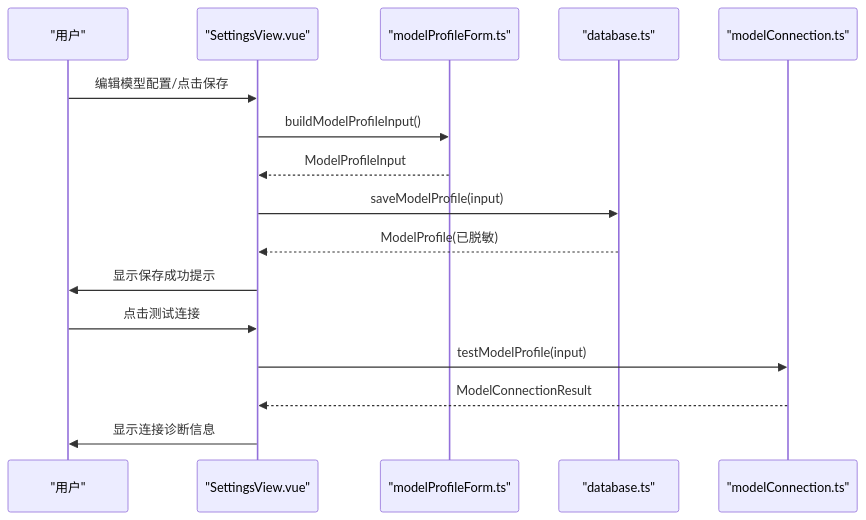
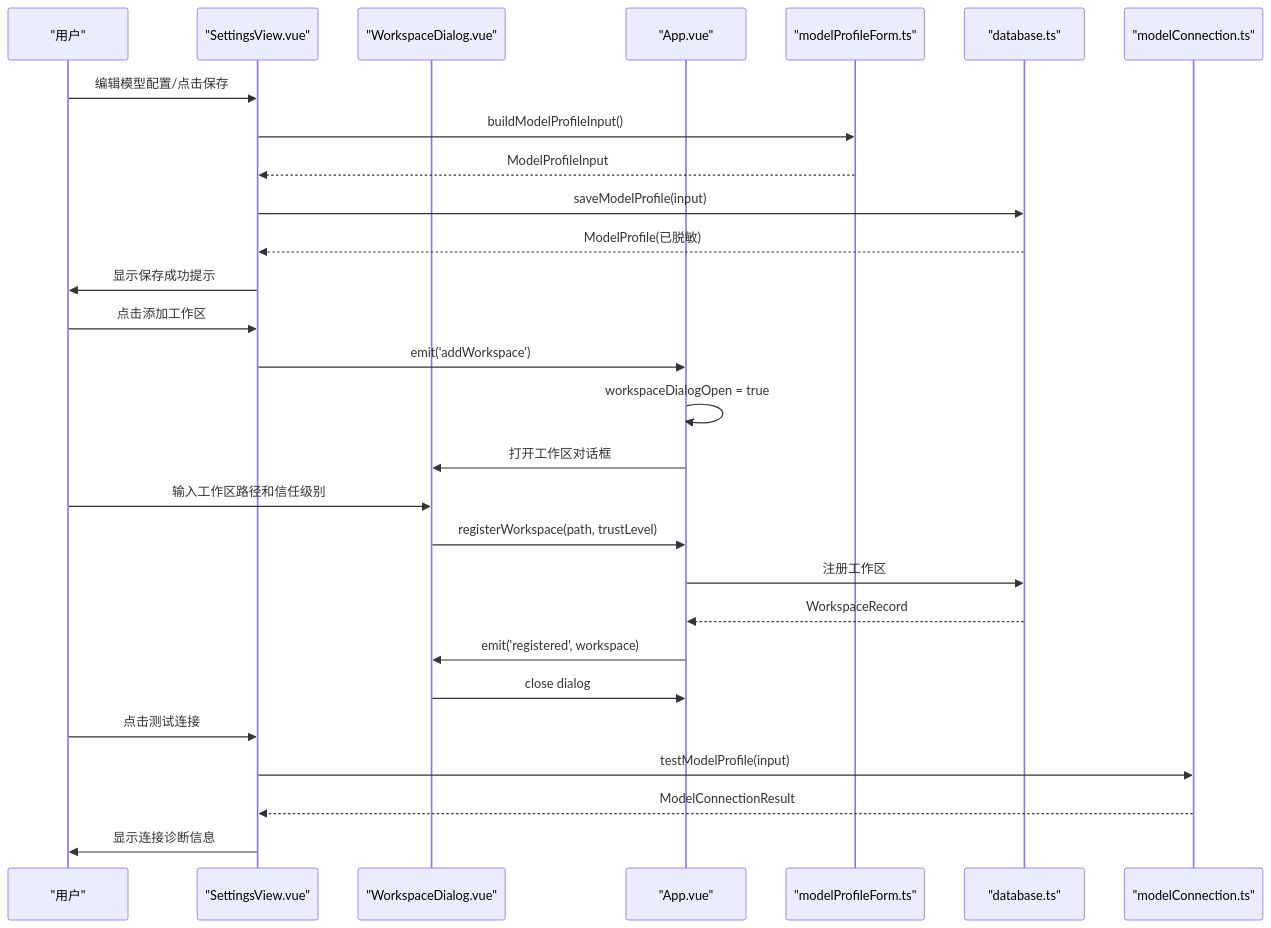
One commit to dyx-9163/ai-aifar changed the second of 6 diagrams in .qoder/repowiki/zh/content/核心模块/渲染进程/设置面板.md. Above: the diagram before and after it, drawn with Mermaid. The commit also changed other lines of this file and 10 other files, not shown here.

````diff
--- a/.qoder/repowiki/zh/content/核心模块/渲染进程/设置面板.md
+++ b/.qoder/repowiki/zh/content/核心模块/渲染进程/设置面板.md
@@ -111,18 +140,30 @@
 ```mermaid
 sequenceDiagram
 participant U as "用户"
 participant V as "SettingsView.vue"
+participant W as "WorkspaceDialog.vue"
+participant A as "App.vue"
 participant F as "modelProfileForm.ts"
 participant DB as "database.ts"
 participant MC as "modelConnection.ts"
 U->>V : 编辑模型配置/点击保存
 V->>F : buildModelProfileInput()
 F-->>V : ModelProfileInput
 V->>DB : saveModelProfile(input)
 DB-->>V : ModelProfile(已脱敏)
 V->>U : 显示保存成功提示
+U->>V : 点击添加工作区
+V->>A : emit('addWorkspace')
+A->>A : workspaceDialogOpen = true
+A->>W : 打开工作区对话框
+U->>W : 输入工作区路径和信任级别
+W->>A : registerWorkspace(path, trustLevel)
+A->>DB : 注册工作区
+DB-->>A : WorkspaceRecord
+A->>W : emit('registered', workspace)
+W->>A : close dialog
 U->>V : 点击测试连接
 V->>MC : testModelProfile(input)
 MC-->>V : ModelConnectionResult
 V->>U : 显示连接诊断信息
 ```
````
